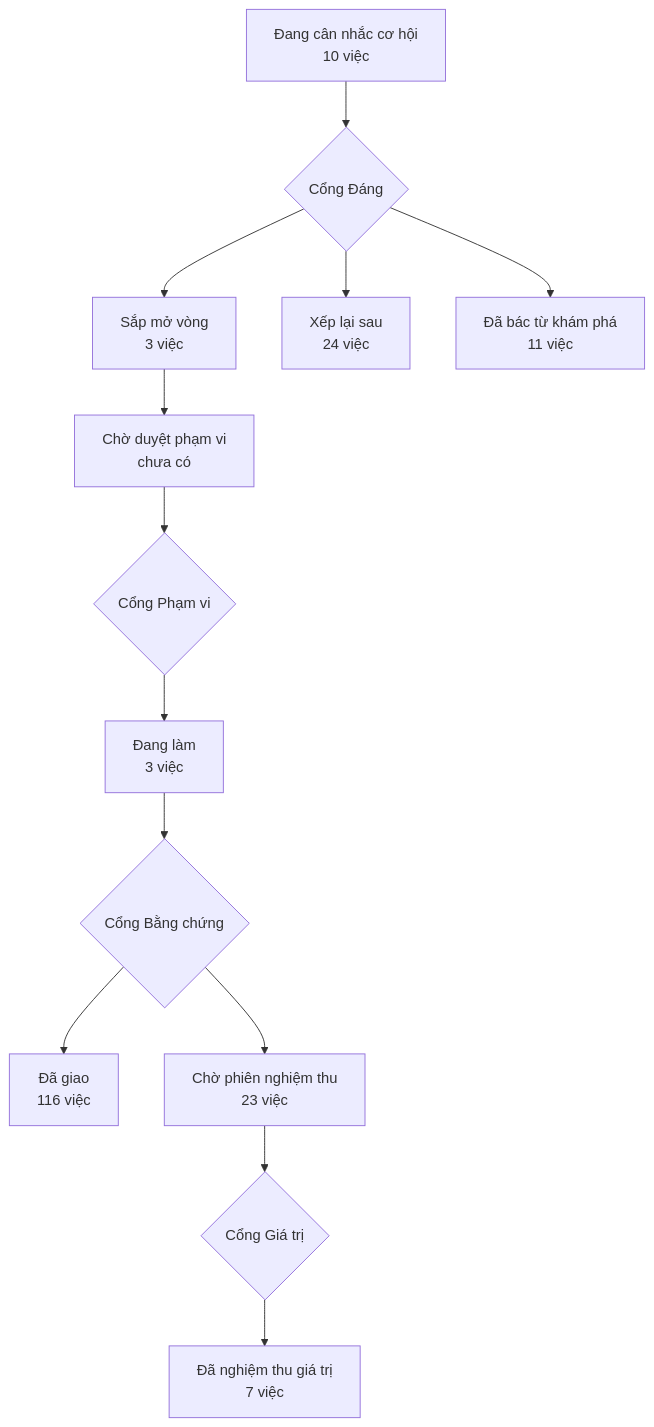
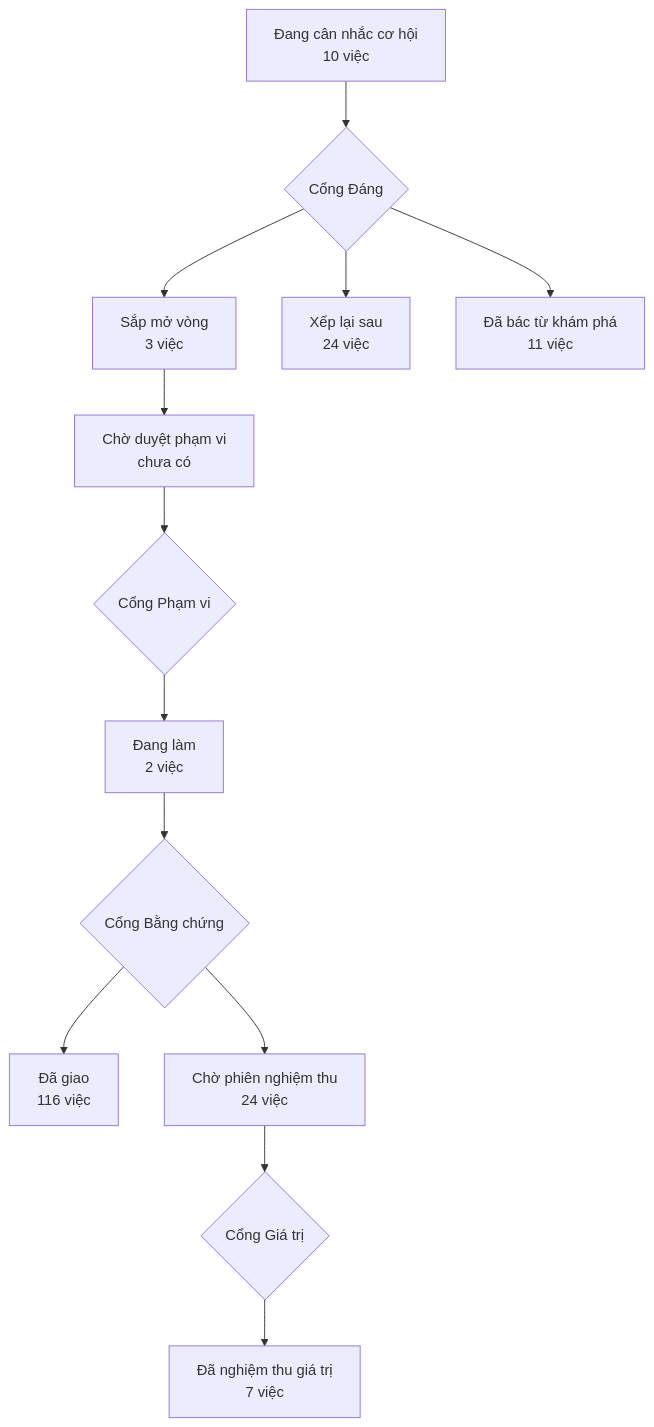
Before and after one commit to phanlemanh/acceptance-gate-kit: the diagram in PRODUCT-MAP.md, drawn with Mermaid. The commit also changed 8 other files, not shown here.

````diff
--- a/PRODUCT-MAP.md
+++ b/PRODUCT-MAP.md
@@ -7,12 +7,12 @@
 ```mermaid
 flowchart TD
   A["Đang cân nhắc cơ hội<br/>10 việc"] --> GD{"Cổng Đáng"}
   GD --> B["Sắp mở vòng<br/>3 việc"]
   GD --> XL["Xếp lại sau<br/>24 việc"]
   GD --> DB["Đã bác từ khám phá<br/>11 việc"]
   B --> CD["Chờ duyệt phạm vi<br/>chưa có"] --> GP{"Cổng Phạm vi"}
-  GP --> DL["Đang làm<br/>3 việc"] --> GB{"Cổng Bằng chứng"}
+  GP --> DL["Đang làm<br/>2 việc"] --> GB{"Cổng Bằng chứng"}
   GB --> DG["Đã giao<br/>116 việc"]
-  GB --> CN["Chờ phiên nghiệm thu<br/>23 việc"] --> GG{"Cổng Giá trị"}
+  GB --> CN["Chờ phiên nghiệm thu<br/>24 việc"] --> GG{"Cổng Giá trị"}
   GG --> NT["Đã nghiệm thu giá trị<br/>7 việc"]
 ```
````
